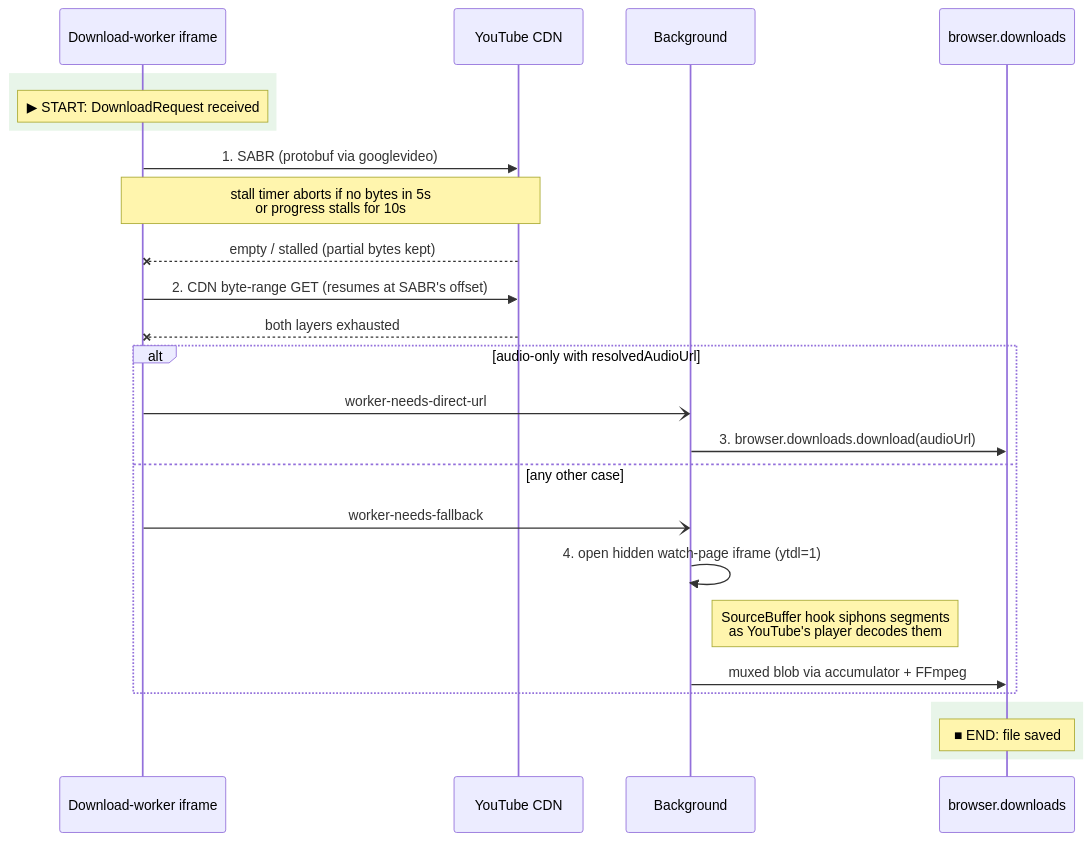
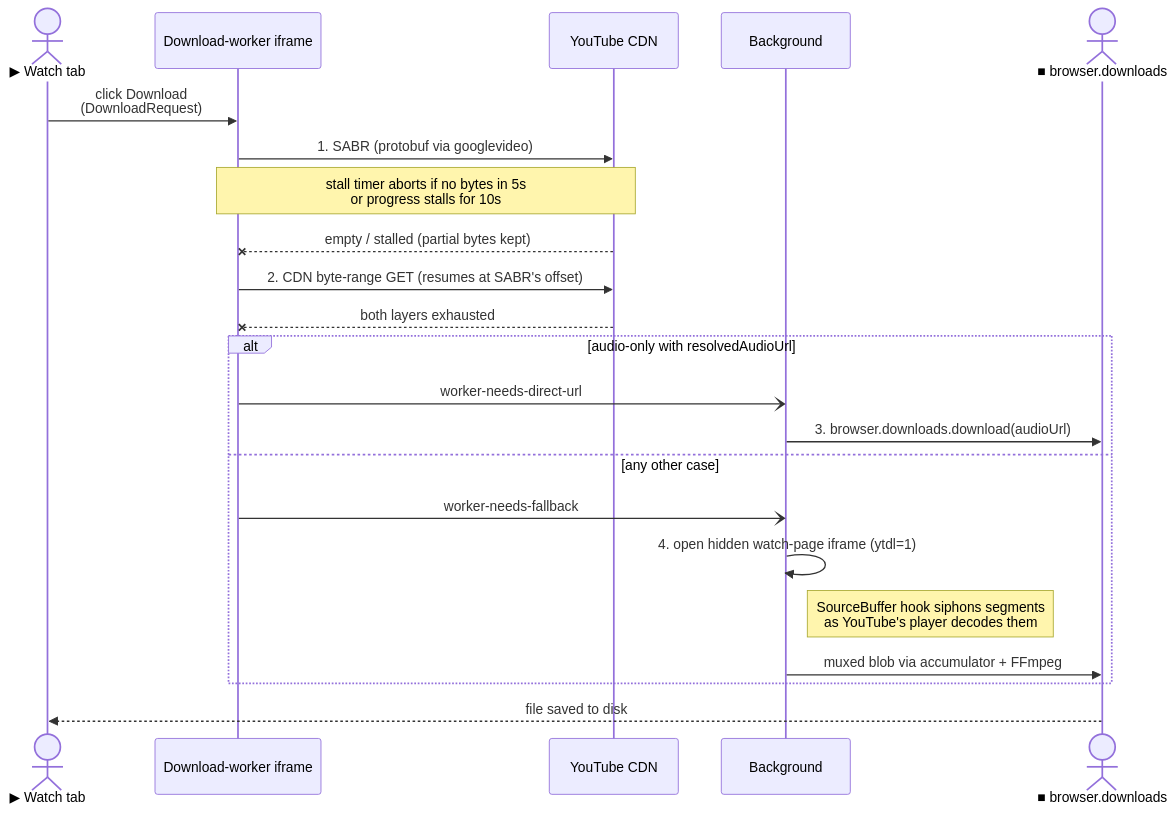
The second of 3 diagrams in ARCHITECTURE.md (avi12/youtube-downloader), drawn with Mermaid before and after one commit.

Commit message:
ARCHITECTURE: bookend Chrome sequence with Watch tab actor

````diff
--- a/ARCHITECTURE.md
+++ b/ARCHITECTURE.md
@@ -98,28 +98,25 @@
 ```mermaid
 sequenceDiagram
+    actor Tab as ▶ Watch tab
     participant W as Download-worker iframe
     participant CDN as YouTube CDN
     participant BG as Background
-    participant DL as browser.downloads
+    actor DL as ■ browser.downloads
 
-    rect rgb(232, 245, 233)
-      Note over W: ▶ START: DownloadRequest received
-    end
+    Tab->>W: click Download<br/>(DownloadRequest)
     W->>CDN: 1. SABR (protobuf via googlevideo)
     Note over W,CDN: stall timer aborts if no bytes in 5s<br/>or progress stalls for 10s
     CDN--xW: empty / stalled (partial bytes kept)
     W->>CDN: 2. CDN byte-range GET (resumes at SABR's offset)
     CDN--xW: both layers exhausted
     alt audio-only with resolvedAudioUrl
       W-)BG: worker-needs-direct-url
       BG->>DL: 3. browser.downloads.download(audioUrl)
     else any other case
       W-)BG: worker-needs-fallback
       BG->>BG: 4. open hidden watch-page iframe (ytdl=1)
       Note right of BG: SourceBuffer hook siphons segments<br/>as YouTube's player decodes them
       BG->>DL: muxed blob via accumulator + FFmpeg
     end
-    rect rgb(232, 245, 233)
-      Note over DL: ■ END: file saved
-    end
+    DL-->>Tab: file saved to disk
 ```
````
